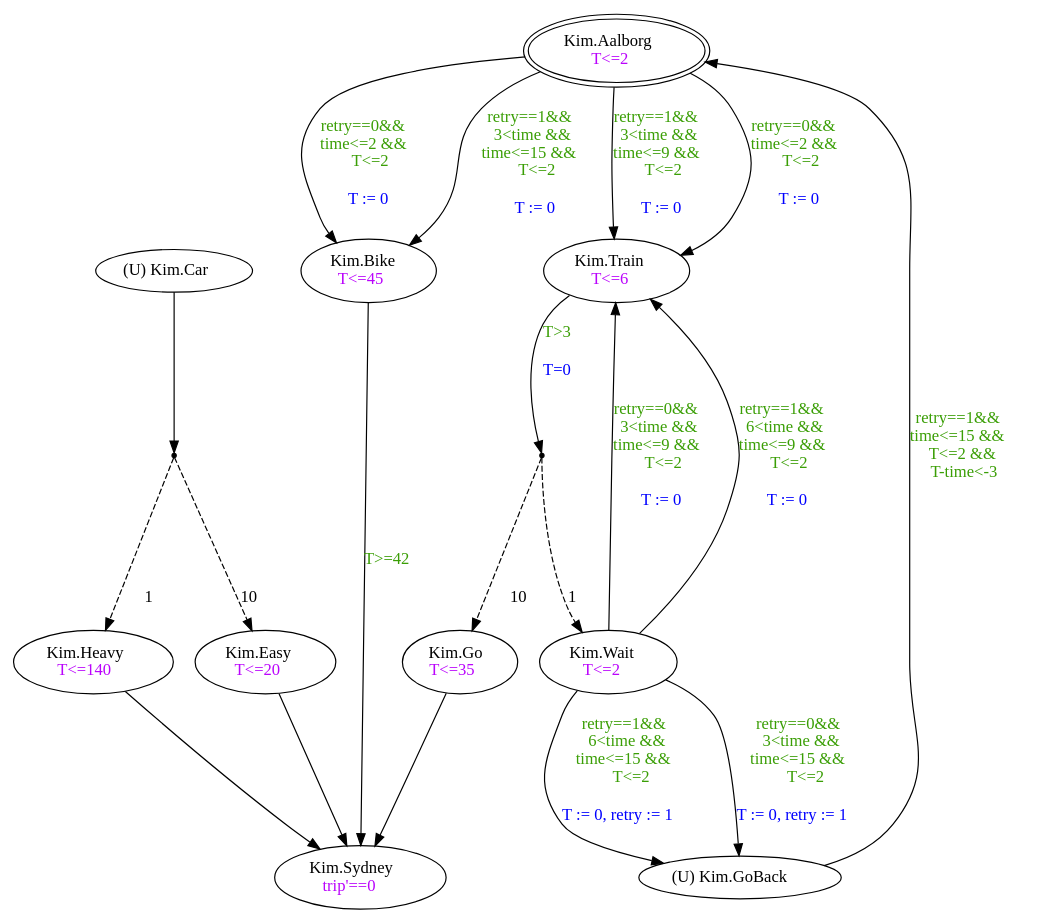
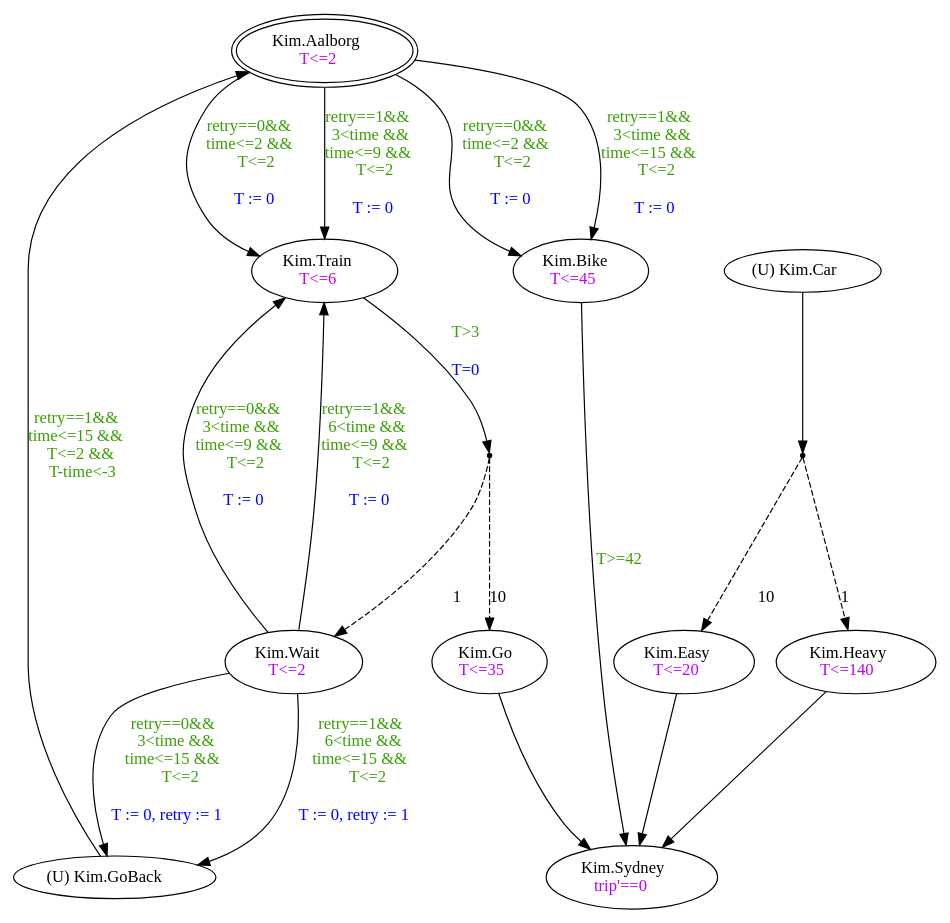
Before and after one commit to LesLivia/StrategyViz: the diagram in resources/ptas/gosafe.gv, drawn with Graphviz. The commit also changed other lines of this file and 4 other files, not shown here.

```diff
--- a/resources/ptas/gosafe.gv
+++ b/resources/ptas/gosafe.gv
@@ -1,33 +1,33 @@
 digraph gosafe {
-	"Kim.Car" [label=<(U) Kim.Car<BR/>>]
-	"Kim.Wait" [label=<Kim.Wait<BR/><font color='#ba03fc'>T&lt;=2</font>>]
+	"Kim.Go" [label=<Kim.Go<BR/><font color='#ba03fc'>T&lt;=35</font>>]
+	"Kim.GoBack" [label=<(U) Kim.GoBack<BR/>>]
 	"Kim.Bike" [label=<Kim.Bike<BR/><font color='#ba03fc'>T&lt;=45</font>>]
 	"Kim.Heavy" [label=<Kim.Heavy<BR/><font color='#ba03fc'>T&lt;=140</font>>]
+	"Kim.Aalborg" [label=<Kim.Aalborg<BR/><font color='#ba03fc'>T&lt;=2</font>> peripheries=2]
+	"Kim.Wait" [label=<Kim.Wait<BR/><font color='#ba03fc'>T&lt;=2</font>>]
+	"Kim.Train" [label=<Kim.Train<BR/><font color='#ba03fc'>T&lt;=6</font>>]
+	"Kim.Car" [label=<(U) Kim.Car<BR/>>]
 	"Kim.Sydney" [label=<Kim.Sydney<BR/><font color='#ba03fc'>trip'==0</font>>]
-	"Kim.Go" [label=<Kim.Go<BR/><font color='#ba03fc'>T&lt;=35</font>>]
 	"Kim.Easy" [label=<Kim.Easy<BR/><font color='#ba03fc'>T&lt;=20</font>>]
-	"Kim.Aalborg" [label=<Kim.Aalborg<BR/><font color='#ba03fc'>T&lt;=2</font>> peripheries=2]
-	"Kim.GoBack" [label=<(U) Kim.GoBack<BR/>>]
-	"Kim.Train" [label=<Kim.Train<BR/><font color='#ba03fc'>T&lt;=6</font>>]
+	"Kim.Car" -> id11 [label=<<BR/><BR/>>]
+	"Kim.Go" -> "Kim.Sydney" [label=<<BR/><BR/>>]
+	"Kim.Aalborg" -> "Kim.Train" [label=<<font color='#3a9e05'>retry==1&amp;&amp;<BR/>3&lt;time &amp;&amp;<BR/>time&lt;=9 &amp;&amp;<BR/>T&lt;=2</font><BR/><BR/><font color='blue'> T := 0<BR/></font>>]
+	id10 -> "Kim.Go" [label=<<BR/><BR/><BR/>10> style=dashed]
+	"Kim.GoBack" -> "Kim.Aalborg" [label=<<font color='#3a9e05'>retry==1&amp;&amp;<BR/>time&lt;=15 &amp;&amp;<BR/>T&lt;=2 &amp;&amp;<BR/>T-time&lt;-3</font><BR/><BR/>>]
+	"Kim.Aalborg" -> "Kim.Train" [label=<<font color='#3a9e05'>retry==0&amp;&amp;<BR/>time&lt;=2 &amp;&amp;<BR/>T&lt;=2</font><BR/><BR/><font color='blue'> T := 0<BR/></font>>]
+	"Kim.Bike" -> "Kim.Sydney" [label=<<font color='#3a9e05'>T&gt;=42</font><BR/><BR/>>]
+	id11 -> "Kim.Easy" [label=<<BR/><BR/><BR/>10> style=dashed]
+	"Kim.Train" -> id10 [label=<<font color='#3a9e05'>T&gt;3</font><BR/><BR/><font color='blue'>T=0</font>>]
+	"Kim.Aalborg" -> "Kim.Bike" [label=<<font color='#3a9e05'>retry==1&amp;&amp;<BR/>3&lt;time &amp;&amp;<BR/>time&lt;=15 &amp;&amp;<BR/>T&lt;=2</font><BR/><BR/><font color='blue'> T := 0<BR/></font>>]
+	"Kim.Wait" -> "Kim.GoBack" [label=<<font color='#3a9e05'>retry==1&amp;&amp;<BR/>6&lt;time &amp;&amp;<BR/>time&lt;=15 &amp;&amp;<BR/>T&lt;=2</font><BR/><BR/><font color='blue'> T := 0, retry := 1<BR/></font>>]
+	"Kim.Easy" -> "Kim.Sydney" [label=<<BR/><BR/>>]
+	"Kim.Wait" -> "Kim.Train" [label=<<font color='#3a9e05'>retry==1&amp;&amp;<BR/>6&lt;time &amp;&amp;<BR/>time&lt;=9 &amp;&amp;<BR/>T&lt;=2</font><BR/><BR/><font color='blue'> T := 0<BR/></font>>]
+	"Kim.Wait" -> "Kim.GoBack" [label=<<font color='#3a9e05'>retry==0&amp;&amp;<BR/>3&lt;time &amp;&amp;<BR/>time&lt;=15 &amp;&amp;<BR/>T&lt;=2</font><BR/><BR/><font color='blue'> T := 0, retry := 1<BR/></font>>]
+	id11 -> "Kim.Heavy" [label=<<BR/><BR/><BR/>1> style=dashed]
 	"Kim.Wait" -> "Kim.Train" [label=<<font color='#3a9e05'>retry==0&amp;&amp;<BR/>3&lt;time &amp;&amp;<BR/>time&lt;=9 &amp;&amp;<BR/>T&lt;=2</font><BR/><BR/><font color='blue'> T := 0<BR/></font>>]
-	"Kim.Wait" -> "Kim.GoBack" [label=<<font color='#3a9e05'>retry==1&amp;&amp;<BR/>6&lt;time &amp;&amp;<BR/>time&lt;=15 &amp;&amp;<BR/>T&lt;=2</font><BR/><BR/><font color='blue'> T := 0, retry := 1<BR/></font>>]
-	"Kim.Wait" -> "Kim.Train" [label=<<font color='#3a9e05'>retry==1&amp;&amp;<BR/>6&lt;time &amp;&amp;<BR/>time&lt;=9 &amp;&amp;<BR/>T&lt;=2</font><BR/><BR/><font color='blue'> T := 0<BR/></font>>]
-	"Kim.Easy" -> "Kim.Sydney" [label=<<BR/><BR/>>]
-	id11 -> "Kim.Easy" [label=<<BR/><BR/><BR/>10> style=dashed]
-	"Kim.Aalborg" -> "Kim.Train" [label=<<font color='#3a9e05'>retry==0&amp;&amp;<BR/>time&lt;=2 &amp;&amp;<BR/>T&lt;=2</font><BR/><BR/><font color='blue'> T := 0<BR/></font>>]
-	"Kim.Aalborg" -> "Kim.Bike" [label=<<font color='#3a9e05'>retry==1&amp;&amp;<BR/>3&lt;time &amp;&amp;<BR/>time&lt;=15 &amp;&amp;<BR/>T&lt;=2</font><BR/><BR/><font color='blue'> T := 0<BR/></font>>]
-	"Kim.Go" -> "Kim.Sydney" [label=<<BR/><BR/>>]
-	"Kim.Bike" -> "Kim.Sydney" [label=<<font color='#3a9e05'>T&gt;=42</font><BR/><BR/>>]
 	"Kim.Heavy" -> "Kim.Sydney" [label=<<BR/><BR/>>]
-	"Kim.Aalborg" -> "Kim.Train" [label=<<font color='#3a9e05'>retry==1&amp;&amp;<BR/>3&lt;time &amp;&amp;<BR/>time&lt;=9 &amp;&amp;<BR/>T&lt;=2</font><BR/><BR/><font color='blue'> T := 0<BR/></font>>]
+	"Kim.Aalborg" -> "Kim.Bike" [label=<<font color='#3a9e05'>retry==0&amp;&amp;<BR/>time&lt;=2 &amp;&amp;<BR/>T&lt;=2</font><BR/><BR/><font color='blue'> T := 0<BR/></font>>]
 	id10 -> "Kim.Wait" [label=<<BR/><BR/><BR/>1> style=dashed]
-	"Kim.Car" -> id11 [label=<<BR/><BR/>>]
-	"Kim.Train" -> id10 [label=<<font color='#3a9e05'>T&gt;3</font><BR/><BR/><font color='blue'>T=0</font>>]
-	"Kim.GoBack" -> "Kim.Aalborg" [label=<<font color='#3a9e05'>retry==1&amp;&amp;<BR/>time&lt;=15 &amp;&amp;<BR/>T&lt;=2 &amp;&amp;<BR/>T-time&lt;-3</font><BR/><BR/>>]
-	"Kim.Wait" -> "Kim.GoBack" [label=<<font color='#3a9e05'>retry==0&amp;&amp;<BR/>3&lt;time &amp;&amp;<BR/>time&lt;=15 &amp;&amp;<BR/>T&lt;=2</font><BR/><BR/><font color='blue'> T := 0, retry := 1<BR/></font>>]
-	id10 -> "Kim.Go" [label=<<BR/><BR/><BR/>10> style=dashed]
-	"Kim.Aalborg" -> "Kim.Bike" [label=<<font color='#3a9e05'>retry==0&amp;&amp;<BR/>time&lt;=2 &amp;&amp;<BR/>T&lt;=2</font><BR/><BR/><font color='blue'> T := 0<BR/></font>>]
-	id11 -> "Kim.Heavy" [label=<<BR/><BR/><BR/>1> style=dashed]
 	id10 [shape=point]
 	id11 [shape=point]
 }
```
